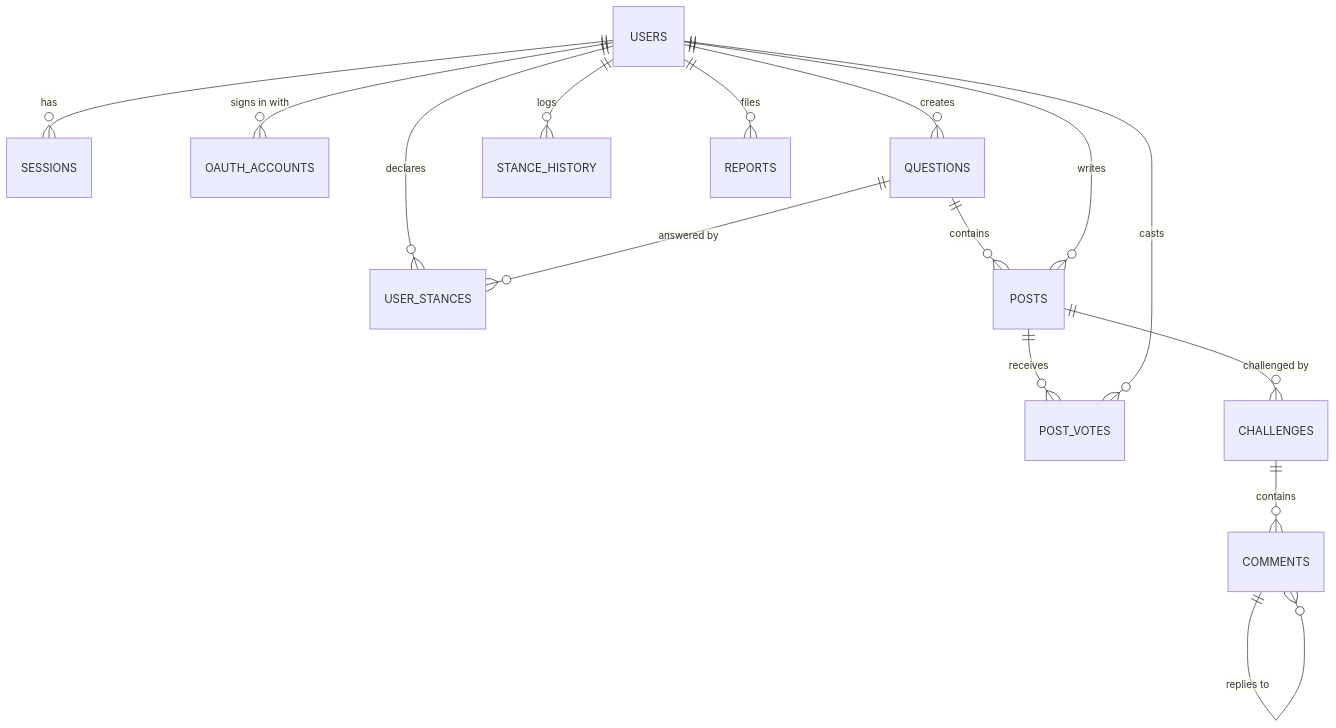
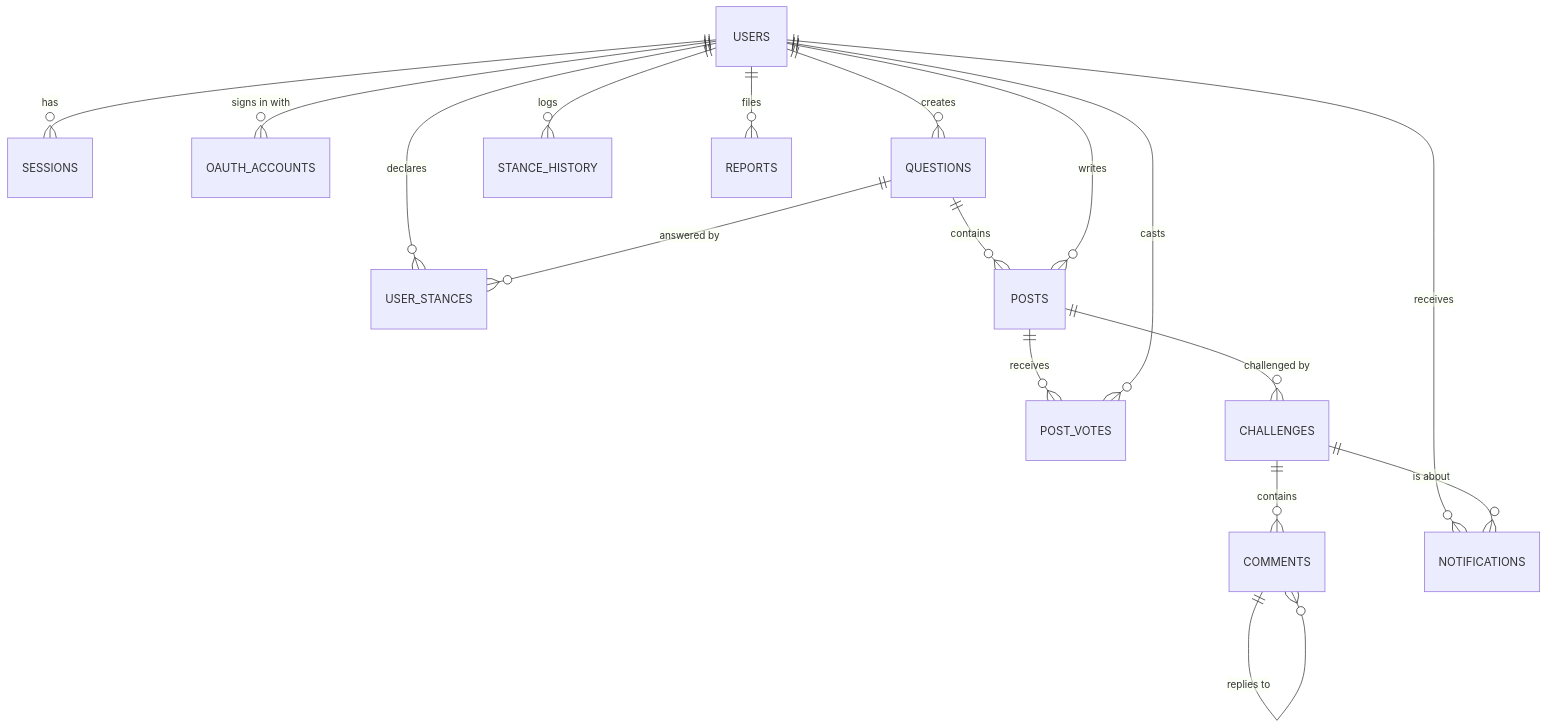
Before and after one commit to eshmeetbhachu/perspective: the third of 3 diagrams in docs/ROADMAP.md, drawn with Mermaid. The commit also changed other lines of this file and 15 other files, not shown here.

````diff
--- a/docs/ROADMAP.md
+++ b/docs/ROADMAP.md
@@ -124,17 +127,19 @@
 ```mermaid
 erDiagram
   USERS ||--o{ SESSIONS : has
   USERS ||--o{ OAUTH_ACCOUNTS : "signs in with"
   USERS ||--o{ QUESTIONS : creates
   USERS ||--o{ USER_STANCES : declares
   QUESTIONS ||--o{ USER_STANCES : "answered by"
   USERS ||--o{ STANCE_HISTORY : logs
   QUESTIONS ||--o{ POSTS : contains
   USERS ||--o{ POSTS : writes
   POSTS ||--o{ POST_VOTES : receives
   USERS ||--o{ POST_VOTES : casts
   POSTS ||--o{ CHALLENGES : "challenged by"
   CHALLENGES ||--o{ COMMENTS : contains
   COMMENTS ||--o{ COMMENTS : "replies to"
   USERS ||--o{ REPORTS : files
+  USERS ||--o{ NOTIFICATIONS : receives
+  CHALLENGES ||--o{ NOTIFICATIONS : "is about"
 ```
````
